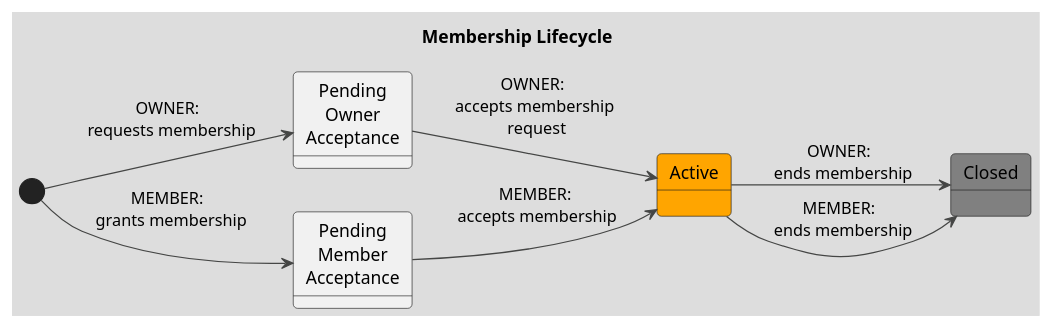
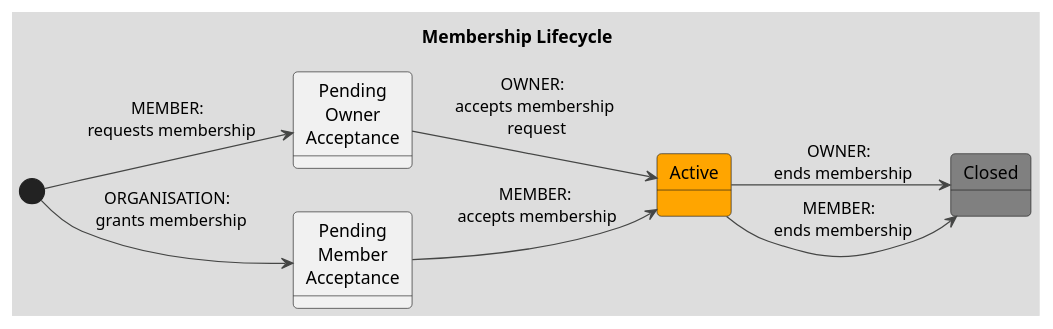
One commit to en7angled/Decentralized-Belt-System changed the diagram in puml/StateDiagram-Membership.puml. Above: the diagram before and after it, drawn with PlantUML. The commit also changed 167 other files, not shown here.

```diff
--- a/puml/StateDiagram-Membership.puml
+++ b/puml/StateDiagram-Membership.puml
@@ -1,20 +1,20 @@
 @startuml MembershipLifecycle
 title Membership Lifecycle
 !theme toy
 
 left to right direction
 
 state Closed #gray
 state PendingOwner as "Pending\nOwner\nAcceptance"
 state PendingMember as "Pending\nMember\nAcceptance"
 state Active #orange
 
 
-[*] --> PendingOwner : OWNER: \n requests membership
-[*] --> PendingMember : MEMBER: \n grants membership
+[*] --> PendingOwner : MEMBER: \n requests membership
+[*] --> PendingMember : ORGANISATION: \n grants membership
 PendingOwner --> Active  : OWNER: \n accepts membership \n request
 PendingMember --> Active  : MEMBER:\n accepts membership 
 Active --> Closed : OWNER: \n ends membership
 Active --> Closed :  MEMBER: \n ends membership
 
 @enduml
```
